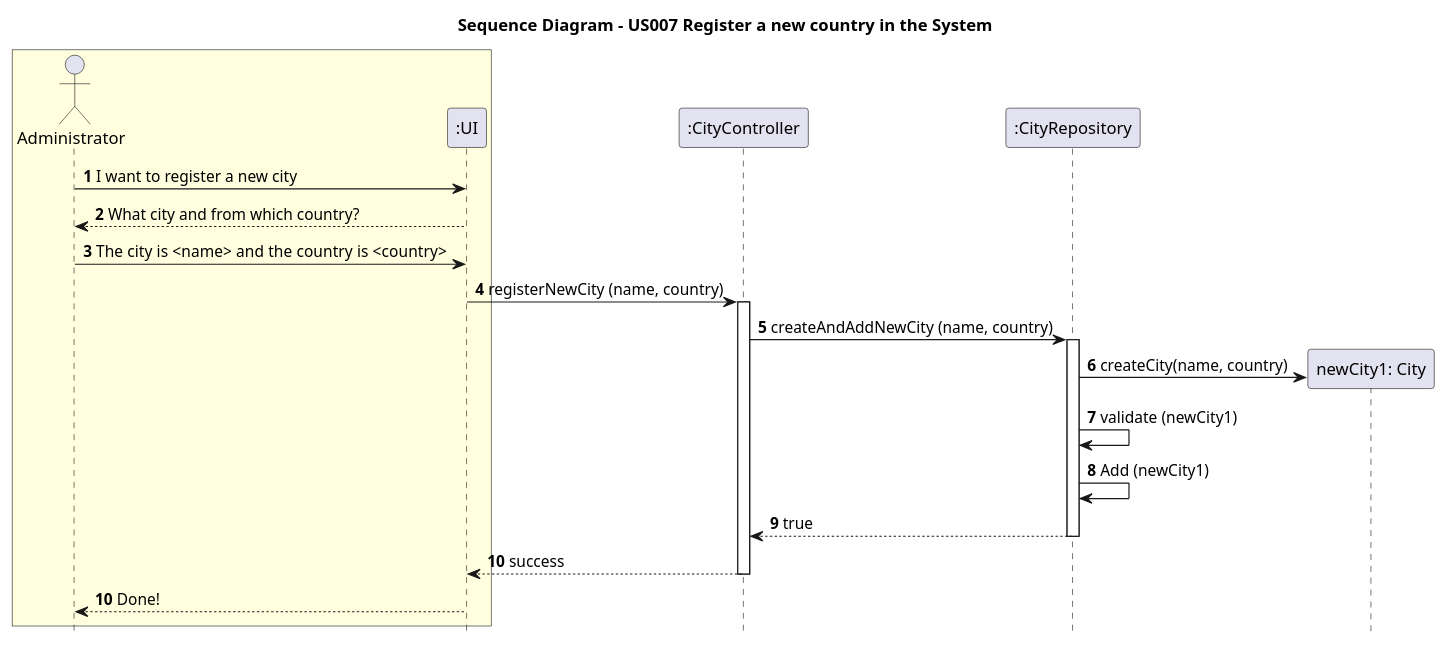
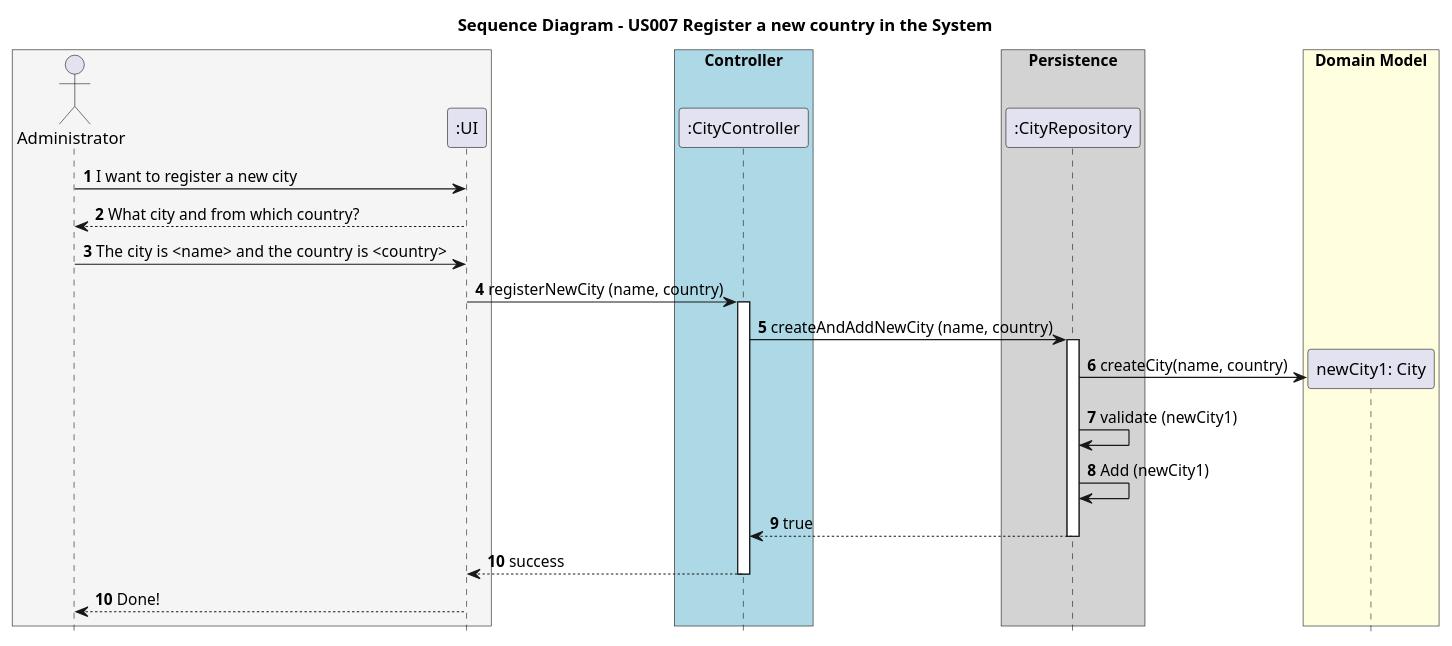
One commit to AndrePereiraGitH/SWitCH-Project-Team_A changed the diagram in Diagrams/SequenceDiagrams/N2/US008-to-register-new-city-in-the-system.puml. Above: the diagram before and after it, drawn with PlantUML. The commit also changed 1 other file, not shown here.

Commit message:
#76 and #77, update on the SD diagrams of the US007 and US008

```diff
--- a/Diagrams/SequenceDiagrams/N2/US008-to-register-new-city-in-the-system.puml
+++ b/Diagrams/SequenceDiagrams/N2/US008-to-register-new-city-in-the-system.puml
@@ -1,39 +1,45 @@
 @startuml
 
 footbox off
 
 title Sequence Diagram - US007 Register a new country in the System
 
-box #LightYellow
+box #WhiteSmoke
 actor Administrator
 participant ":UI" as UI
 end box
 
+box "Controller" #LightBlue
 participant ":CityController" as CityController
+end box
+box "Persistence" #LightGrey
 participant ":CityRepository" as AddressRepository
+end box
 
 Administrator -> UI : **1** I want to register a new city
 UI --> Administrator : **2** What city and from which country?
 Administrator -> UI : **3** The city is <name> and the country is  <country>
 
 UI -> CityController : **4** registerNewCity (name, country)
 activate CityController
 
 CityController -> AddressRepository : **5** createAndAddNewCity (name, country)
 activate AddressRepository
 
+box "Domain Model" #LightYellow
 create "newCity1: City" as City
 AddressRepository -> City : **6** createCity(name, country)
+end box
 
 AddressRepository -> AddressRepository : **7** validate (newCity1)
 AddressRepository -> AddressRepository : **8** Add (newCity1)
 
 AddressRepository --> CityController : **9** true
 deactivate AddressRepository
 
 CityController --> UI : **10** success
 deactivate CityController
 
 UI --> Administrator : **10** Done!
 
 @enduml
```
